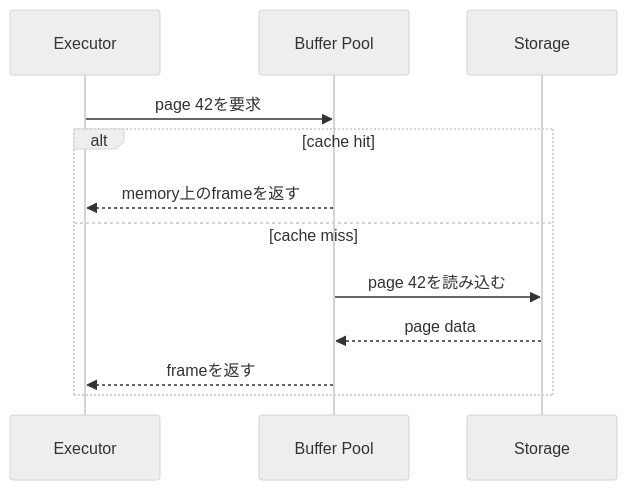
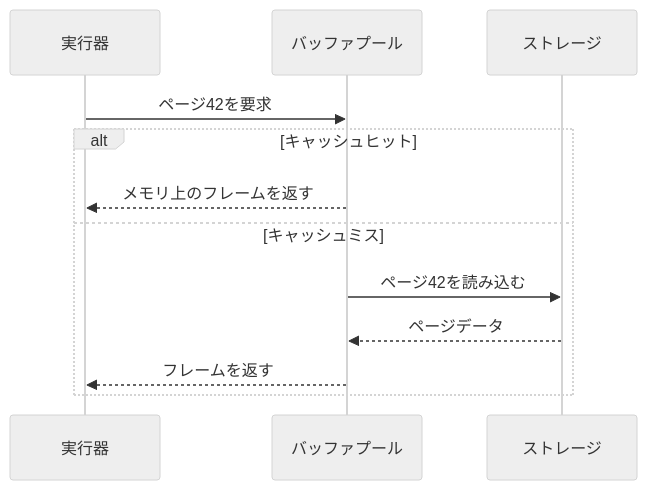
One commit to hirunebot/database-systems-book changed the fourth of 4 diagrams in src/content/docs/02-storage/03-pages-records-buffer-pool.md. Above: the diagram before and after it, drawn with Mermaid (neutral theme). The commit also changed other lines of this file and 42 other files, not shown here.

````diff
--- a/src/content/docs/02-storage/03-pages-records-buffer-pool.md
+++ b/src/content/docs/02-storage/03-pages-records-buffer-pool.md
@@ -137,15 +137,15 @@
 ```mermaid
 sequenceDiagram
-    participant Exec as Executor
-    participant BP as Buffer Pool
-    participant Disk as Storage
+    participant Exec as 実行器
+    participant BP as バッファプール
+    participant Disk as ストレージ
 
-    Exec->>BP: page 42を要求
-    alt cache hit
-        BP-->>Exec: memory上のframeを返す
-    else cache miss
-        BP->>Disk: page 42を読み込む
-        Disk-->>BP: page data
-        BP-->>Exec: frameを返す
+    Exec->>BP: ページ42を要求
+    alt キャッシュヒット
+        BP-->>Exec: メモリ上のフレームを返す
+    else キャッシュミス
+        BP->>Disk: ページ42を読み込む
+        Disk-->>BP: ページデータ
+        BP-->>Exec: フレームを返す
     end
 ```
````
